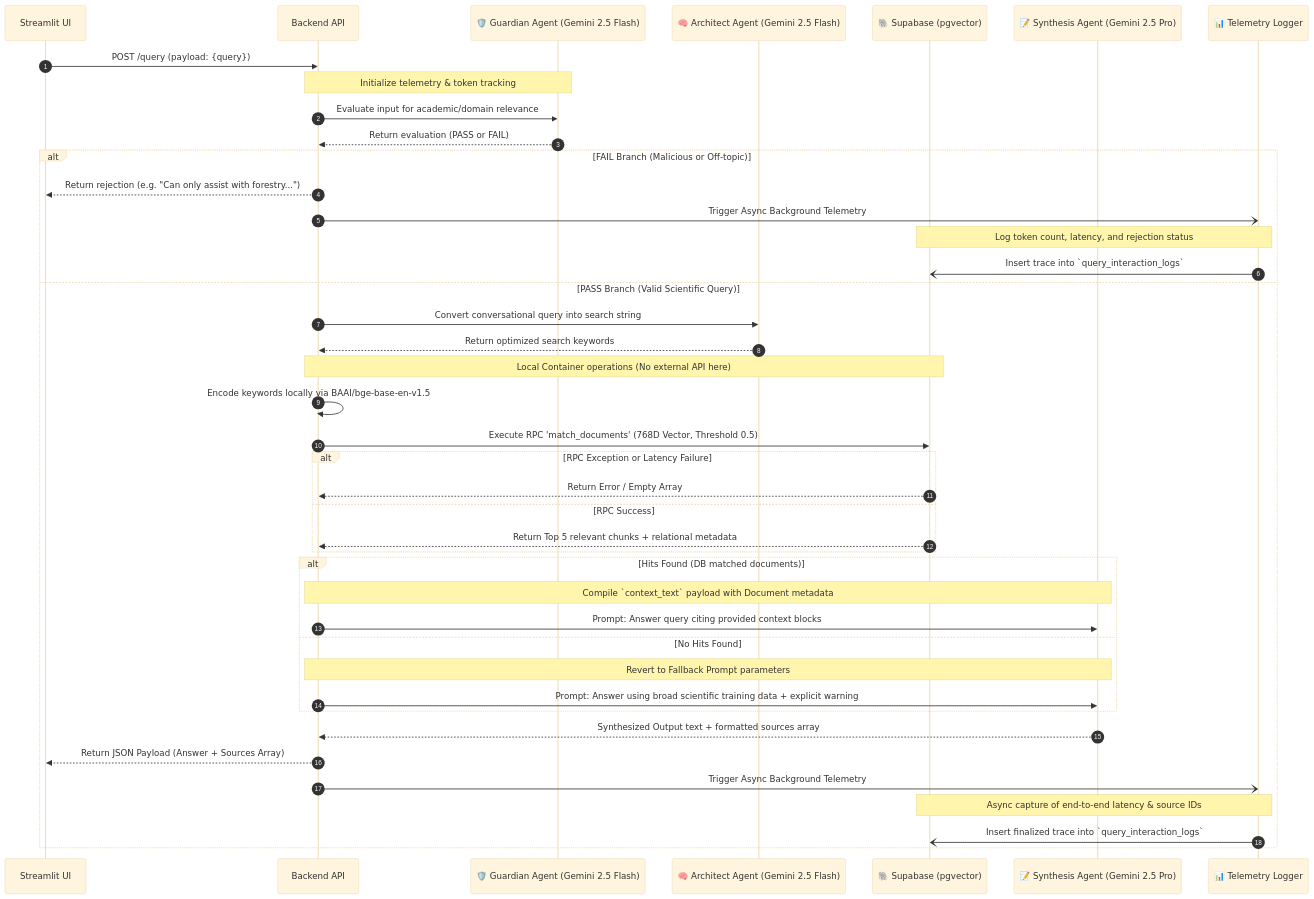
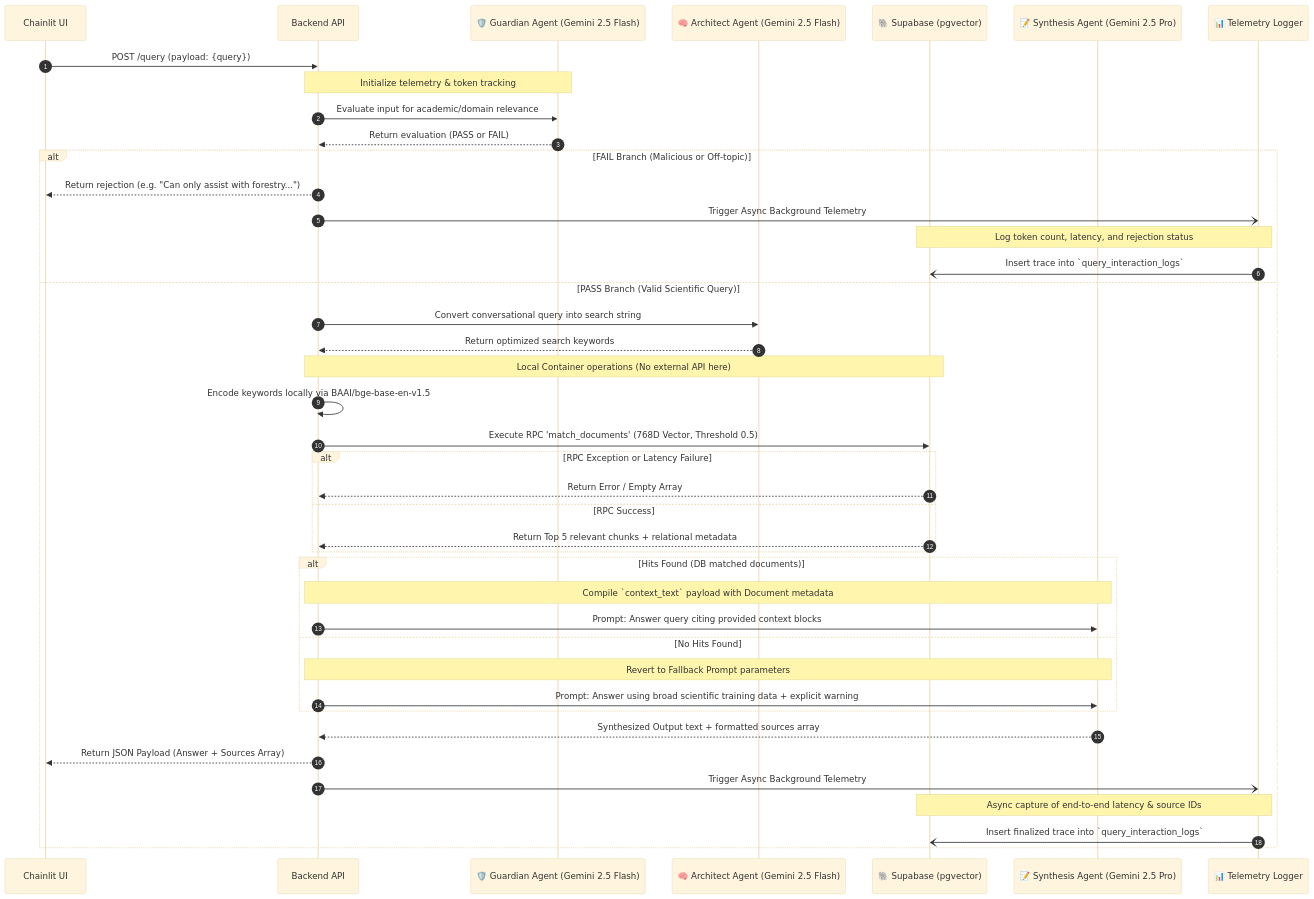
Before and after one commit to BongweKE/acAIcia: the diagram in docs/backend_agents.md, drawn with Mermaid (base theme). The commit also changed other lines of this file and 11 other files, not shown here.

````diff
--- a/docs/backend_agents.md
+++ b/docs/backend_agents.md
@@ -11,59 +11,59 @@
 ```mermaid
 sequenceDiagram
     autonumber
     
-    participant UI as Streamlit UI
+    participant UI as Chainlit UI
     participant BP as Backend API
     participant GA as 🛡️ Guardian Agent (Gemini 2.5 Flash)
     participant AA as 🧠 Architect Agent (Gemini 2.5 Flash)
     participant DB as 🐘 Supabase (pgvector)
     participant SA as 📝 Synthesis Agent (Gemini 2.5 Pro)
     participant Tel as 📊 Telemetry Logger
     
     UI->>BP: POST /query (payload: {query})
     
     %% Step 1: The Guardian Agent Pipeline
     Note over BP, GA: Initialize telemetry & token tracking
     BP->>GA: Evaluate input for academic/domain relevance
     GA-->>BP: Return evaluation (PASS or FAIL)
     
     alt FAIL Branch (Malicious or Off-topic)
         BP-->>UI: Return rejection (e.g. "Can only assist with forestry...")
         BP-)Tel: Trigger Async Background Telemetry
         Note over Tel, DB: Log token count, latency, and rejection status
         Tel-)DB: Insert trace into `query_interaction_logs`
     else PASS Branch (Valid Scientific Query)
         
         %% Step 2: The Architect Agent Pipeline
         BP->>AA: Convert conversational query into search string
         AA-->>BP: Return optimized search keywords
         
         %% Step 3: Local Vectorization & Retrieval
         Note over BP, DB: Local Container operations (No external API here)
         BP->>BP: Encode keywords locally via BAAI/bge-base-en-v1.5
         BP->>DB: Execute RPC 'match_documents' (768D Vector, Threshold 0.5)
         
         alt RPC Exception or Latency Failure
             DB-->>BP: Return Error / Empty Array
         else RPC Success
             DB-->>BP: Return Top 5 relevant chunks + relational metadata
         end
         
         %% Step 4: The Synthesis Node Workflow
         alt Hits Found (DB matched documents)
             Note over BP, SA: Compile `context_text` payload with Document metadata
             BP->>SA: Prompt: Answer query citing provided context blocks
         else No Hits Found
             Note over BP, SA: Revert to Fallback Prompt parameters
             BP->>SA: Prompt: Answer using broad scientific training data + explicit warning
         end
         
         SA-->>BP: Synthesized Output text + formatted sources array
         
         %% Response & Telemetry Fulfillment
         BP-->>UI: Return JSON Payload (Answer + Sources Array)
         BP-)Tel: Trigger Async Background Telemetry
         Note over Tel, DB: Async capture of end-to-end latency & source IDs
         Tel-)DB: Insert finalized trace into `query_interaction_logs`
     end
 ```
````
